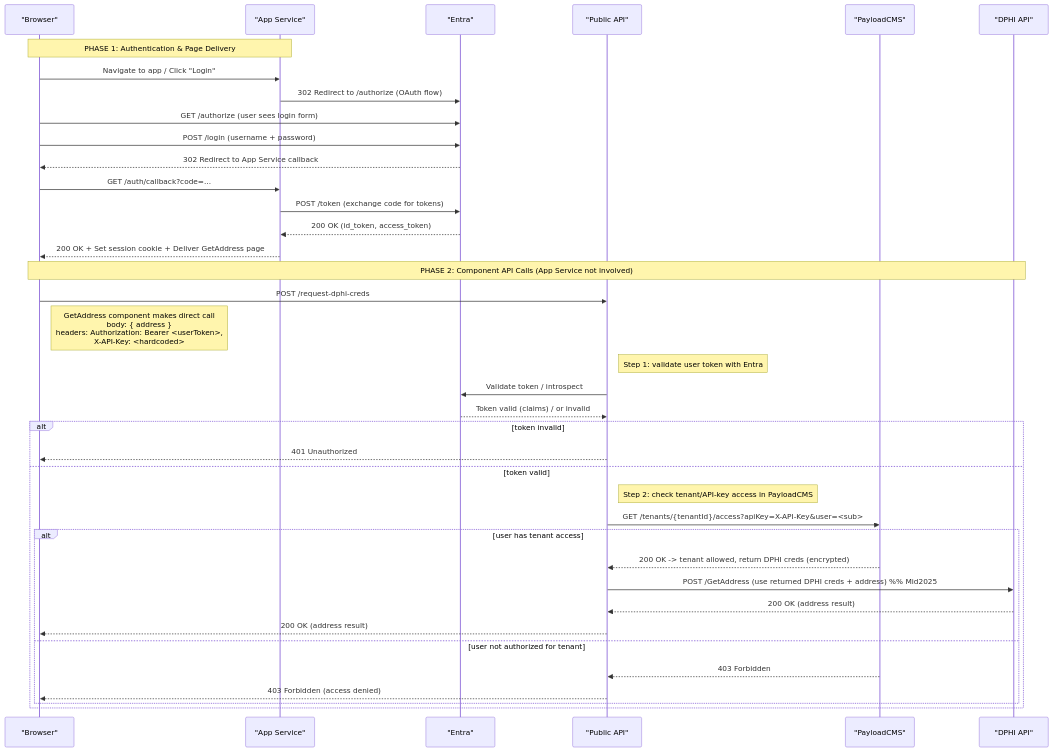
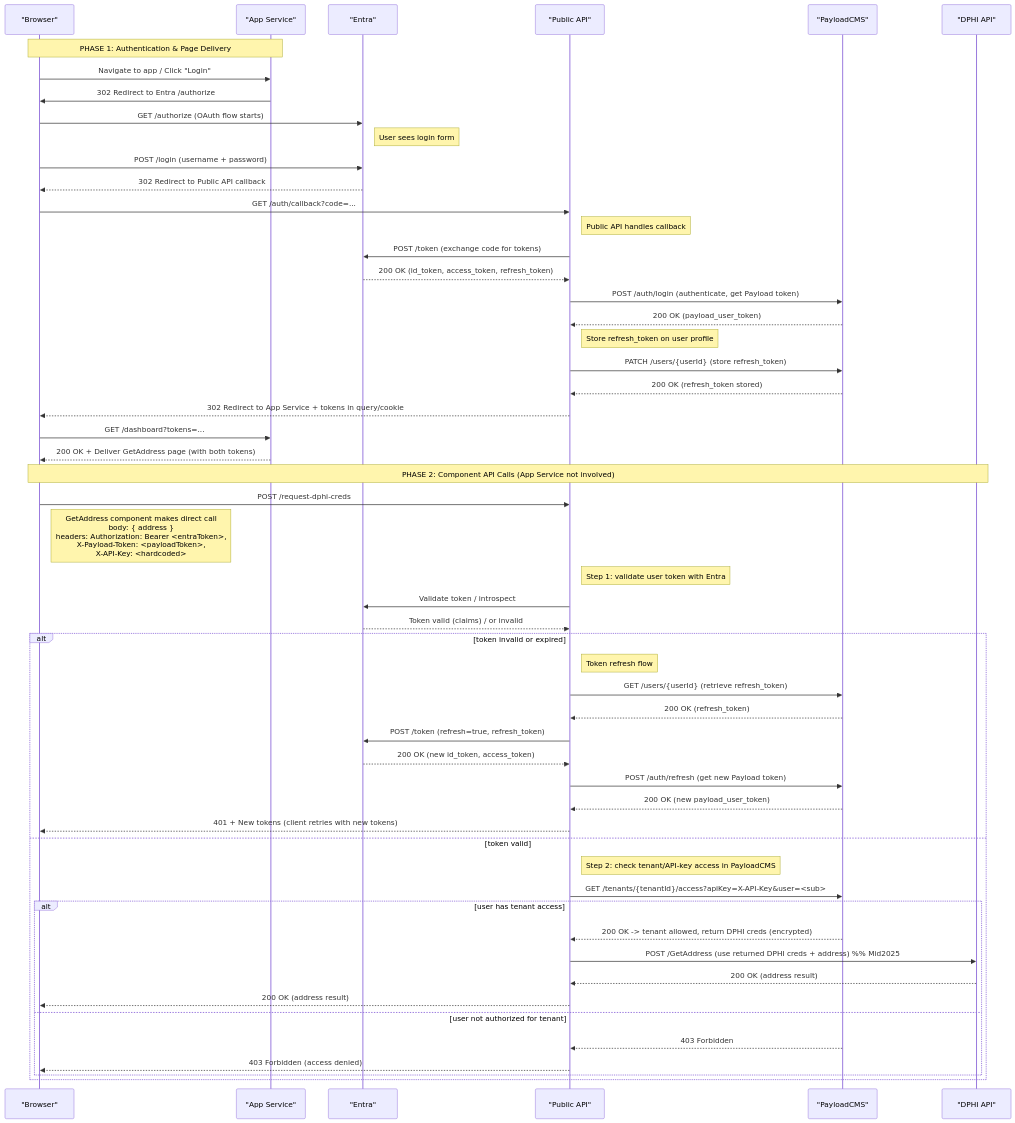
The diagram in .specify/memory/prototypesequence.md (enterpriseaigroup/eai-daisy-components), drawn with Mermaid before and after one commit. The commit also changed other lines of this file, not shown here.

Commit message:
Updated sequence

````diff
--- a/.specify/memory/prototypesequence.md
+++ b/.specify/memory/prototypesequence.md
@@ -67,44 +74,64 @@
 ```mermaid
 sequenceDiagram
   participant Browser as "Browser"
   participant AppService as "App Service"
   participant Entra as "Entra"
   participant PublicAPI as "Public API"
   participant Payload as "PayloadCMS"
   participant DPHI as "DPHI API"
 
   Note over Browser,AppService: PHASE 1: Authentication & Page Delivery
   Browser->>AppService: Navigate to app / Click "Login"
-  AppService->>Entra: 302 Redirect to /authorize (OAuth flow)
-  Browser->>Entra: GET /authorize (user sees login form)
+  AppService->>Browser: 302 Redirect to Entra /authorize
+  Browser->>Entra: GET /authorize (OAuth flow starts)
+  Note right of Entra: User sees login form
   Browser->>Entra: POST /login (username + password)
-  Entra-->>Browser: 302 Redirect to App Service callback
-  Browser->>AppService: GET /auth/callback?code=...
-  AppService->>Entra: POST /token (exchange code for tokens)
-  Entra-->>AppService: 200 OK (id_token, access_token)
-  AppService-->>Browser: 200 OK + Set session cookie + Deliver GetAddress page
+  Entra-->>Browser: 302 Redirect to Public API callback
+  Browser->>PublicAPI: GET /auth/callback?code=...
+
+  Note right of PublicAPI: Public API handles callback
+  PublicAPI->>Entra: POST /token (exchange code for tokens)
+  Entra-->>PublicAPI: 200 OK (id_token, access_token, refresh_token)
+
+  PublicAPI->>Payload: POST /auth/login (authenticate, get Payload token)
+  Payload-->>PublicAPI: 200 OK (payload_user_token)
+
+  Note right of PublicAPI: Store refresh_token on user profile
+  PublicAPI->>Payload: PATCH /users/{userId} (store refresh_token)
+  Payload-->>PublicAPI: 200 OK (refresh_token stored)
+
+  PublicAPI-->>Browser: 302 Redirect to App Service + tokens in query/cookie
+  Browser->>AppService: GET /dashboard?tokens=...
+  AppService-->>Browser: 200 OK + Deliver GetAddress page (with both tokens)
 
   Note over Browser,DPHI: PHASE 2: Component API Calls (App Service not involved)
   Browser->>PublicAPI: POST /request-dphi-creds
-    note right of Browser: GetAddress component makes direct call<br/>body: { address }<br/>headers: Authorization: Bearer <userToken>,<br/>X-API-Key: <hardcoded>
+    note right of Browser: GetAddress component makes direct call<br/>body: { address }<br/>headers: Authorization: Bearer <entraToken>,<br/>X-Payload-Token: <payloadToken>,<br/>X-API-Key: <hardcoded>
 
   Note right of PublicAPI: Step 1: validate user token with Entra
   PublicAPI->>Entra: Validate token / introspect
   Entra-->>PublicAPI: Token valid (claims) / or invalid
 
-  alt token invalid
-    PublicAPI-->>Browser: 401 Unauthorized
+  alt token invalid or expired
+    Note right of PublicAPI: Token refresh flow
+    PublicAPI->>Payload: GET /users/{userId} (retrieve refresh_token)
+    Payload-->>PublicAPI: 200 OK (refresh_token)
+    PublicAPI->>Entra: POST /token (refresh=true, refresh_token)
+    Entra-->>PublicAPI: 200 OK (new id_token, access_token)
+    PublicAPI->>Payload: POST /auth/refresh (get new Payload token)
+    Payload-->>PublicAPI: 200 OK (new payload_user_token)
+    PublicAPI-->>Browser: 401 + New tokens (client retries with new tokens)
   else token valid
     Note right of PublicAPI: Step 2: check tenant/API-key access in PayloadCMS
     PublicAPI->>Payload: GET /tenants/{tenantId}/access?apiKey=X-API-Key&user=<sub>
     alt user has tenant access
       Payload-->>PublicAPI: 200 OK -> tenant allowed, return DPHI creds (encrypted)
       PublicAPI->>DPHI: POST /GetAddress (use returned DPHI creds + address)  %% Mid2025
       DPHI-->>PublicAPI: 200 OK (address result)
       PublicAPI-->>Browser: 200 OK (address result)
     else user not authorized for tenant
       Payload-->>PublicAPI: 403 Forbidden
       PublicAPI-->>Browser: 403 Forbidden (access denied)
     end
   end
 ```
````
